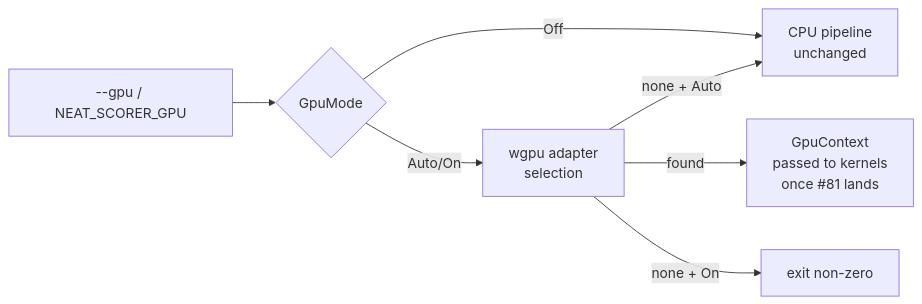
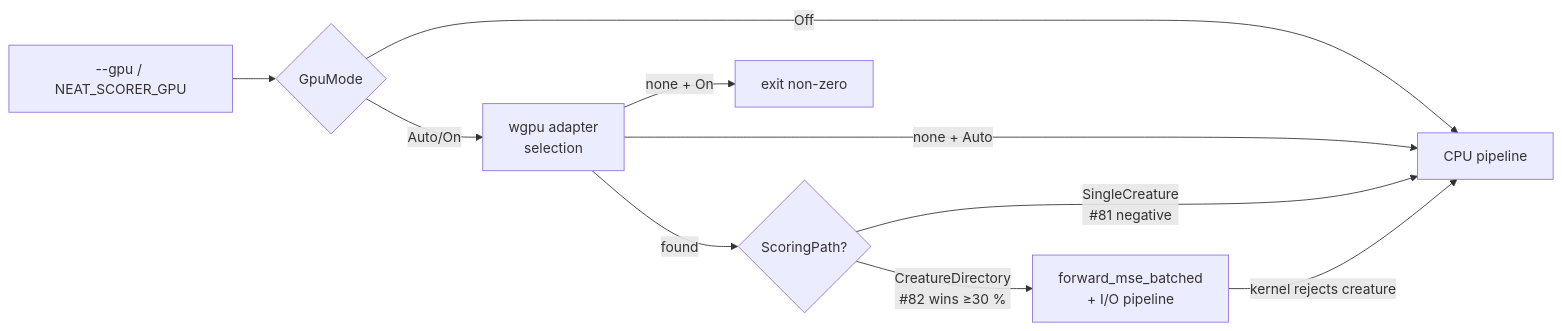
Before and after one commit to stSoftwareAU/NEAT-AI-scorer: the first of 4 diagrams in README.md, drawn with Mermaid. The commit also changed other lines of this file and 7 other files, not shown here.

````diff
--- a/README.md
+++ b/README.md
@@ -79,9 +82,12 @@
 ```mermaid
 flowchart LR
     CLI[--gpu / NEAT_SCORER_GPU] --> Mode{GpuMode}
-    Mode -->|Off| CPU[CPU pipeline<br/>unchanged]
+    Mode -->|Off| CPU[CPU pipeline]
     Mode -->|Auto/On| Adapter[wgpu adapter<br/>selection]
-    Adapter -->|found| Ctx[GpuContext<br/>passed to kernels<br/>once #81 lands]
+    Adapter -->|found| Path{ScoringPath?}
     Adapter -->|none + Auto| CPU
     Adapter -->|none + On| Err[exit non-zero]
+    Path -->|SingleCreature<br/>#81 negative| CPU
+    Path -->|CreatureDirectory<br/>#82 wins ≥30 %| GPUKernel[forward_mse_batched<br/>+ I/O pipeline]
+    GPUKernel -->|kernel rejects creature| CPU
 ```
````
